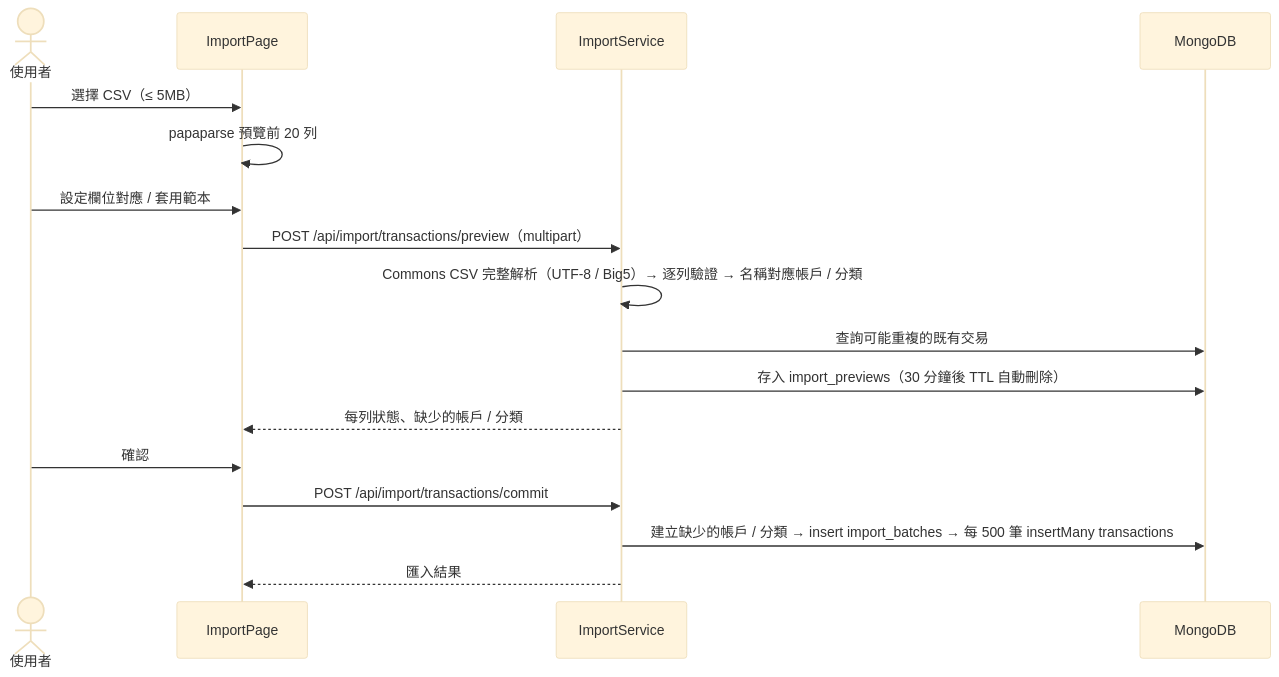
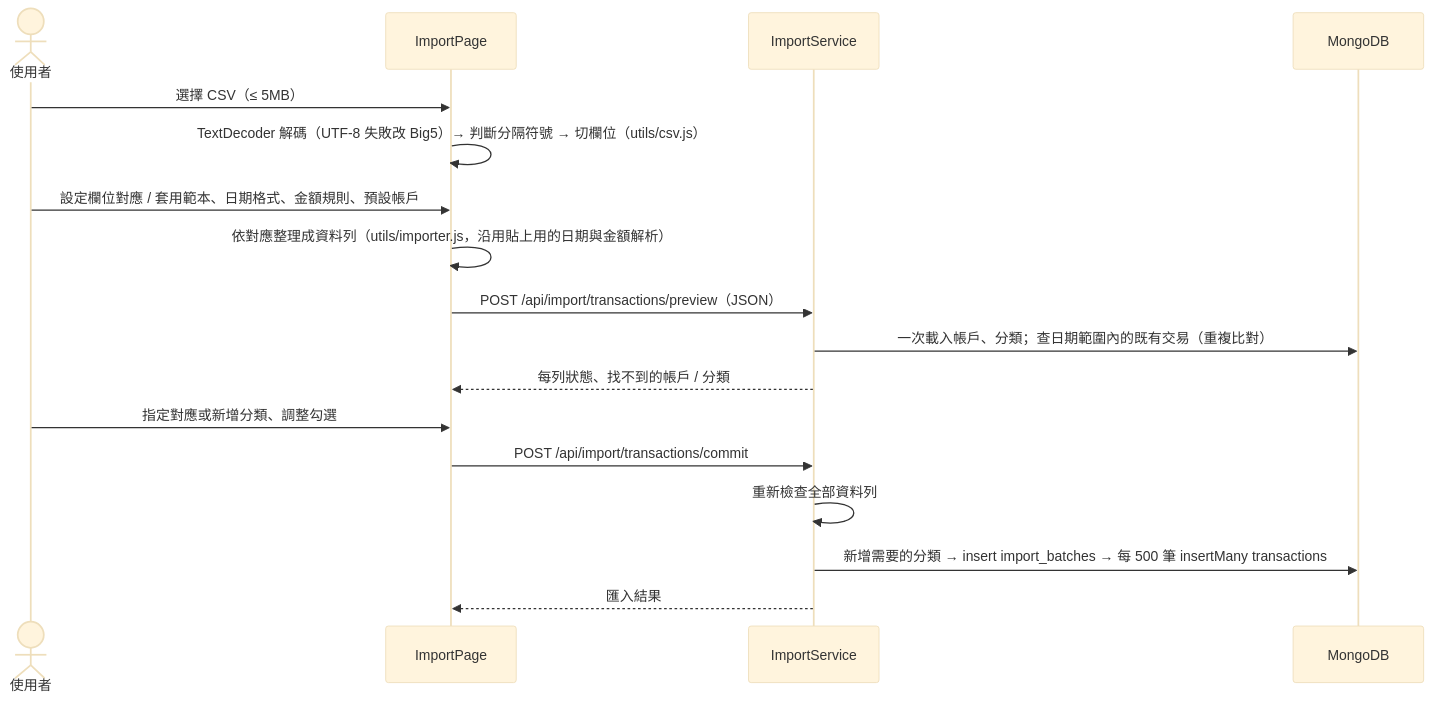
Before and after one commit to alexsuze/do-accounts: the fifth of 5 diagrams in docs/SD.md, drawn with Mermaid (base theme). The commit also changed other lines of this file and 25 other files, not shown here.

First line of the commit message:
階段 3：CSV 匯入匯出、JSON 備份還原

````diff
--- a/docs/SD.md
+++ b/docs/SD.md
@@ -730,20 +733,20 @@
 ```mermaid
 sequenceDiagram
     actor U as 使用者
     participant W as ImportPage
     participant A as ImportService
     participant DB as MongoDB
 
     U->>W: 選擇 CSV（≤ 5MB）
-    W->>W: papaparse 預覽前 20 列
-    U->>W: 設定欄位對應 / 套用範本
-    W->>A: POST /api/import/transactions/preview（multipart）
-    A->>A: Commons CSV 完整解析（UTF-8 / Big5）→ 逐列驗證 → 名稱對應帳戶 / 分類
-    A->>DB: 查詢可能重複的既有交易
-    A->>DB: 存入 import_previews（30 分鐘後 TTL 自動刪除）
-    A-->>W: 每列狀態、缺少的帳戶 / 分類
-    U->>W: 確認
+    W->>W: TextDecoder 解碼（UTF-8 失敗改 Big5）→ 判斷分隔符號 → 切欄位（utils/csv.js）
+    U->>W: 設定欄位對應 / 套用範本、日期格式、金額規則、預設帳戶
+    W->>W: 依對應整理成資料列（utils/importer.js，沿用貼上用的日期與金額解析）
+    W->>A: POST /api/import/transactions/preview（JSON）
+    A->>DB: 一次載入帳戶、分類；查日期範圍內的既有交易（重複比對）
+    A-->>W: 每列狀態、找不到的帳戶 / 分類
+    U->>W: 指定對應或新增分類、調整勾選
     W->>A: POST /api/import/transactions/commit
-    A->>DB: 建立缺少的帳戶 / 分類 → insert import_batches → 每 500 筆 insertMany transactions
+    A->>A: 重新檢查全部資料列
+    A->>DB: 新增需要的分類 → insert import_batches → 每 500 筆 insertMany transactions
     A-->>W: 匯入結果
 ```
````
